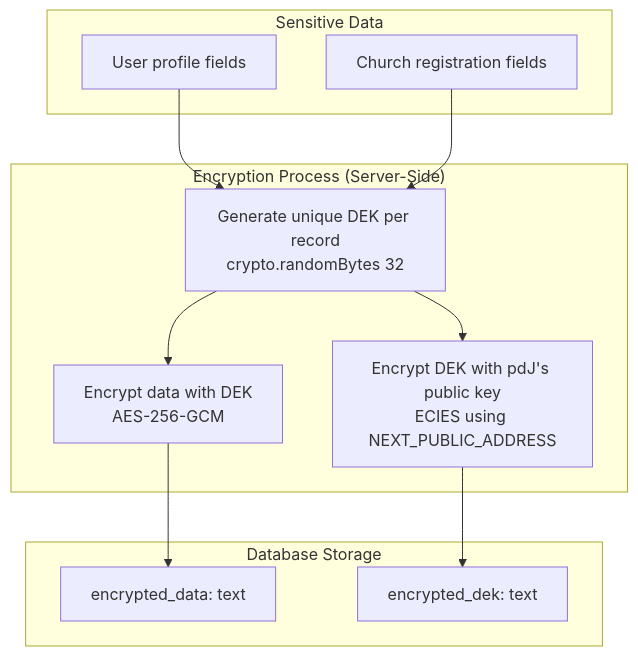
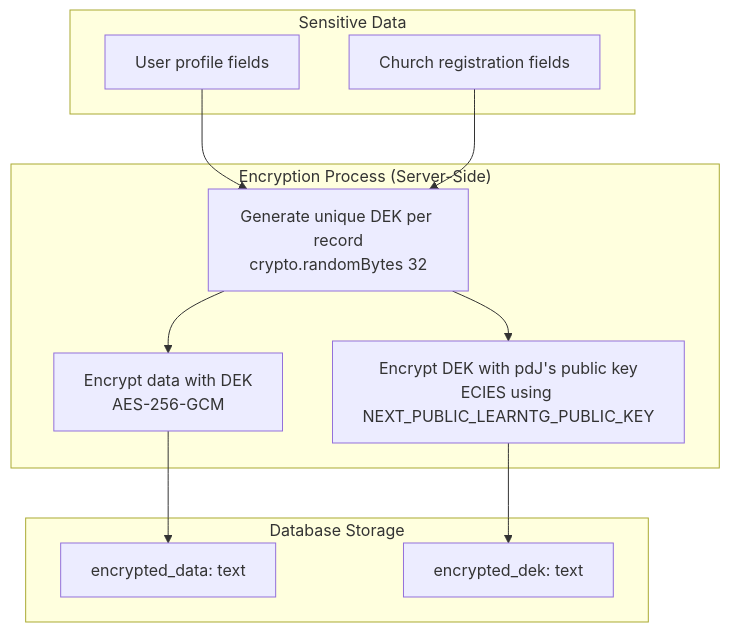
One commit to pasosdeJesus/learn.tg changed the first of 3 diagrams in REQ/153.md. Above: the diagram before and after it, drawn with Mermaid. The commit also changed other lines of this file and 11 other files, not shown here.

````diff
--- a/REQ/153.md
+++ b/REQ/153.md
@@ -58,25 +65,25 @@
 ```mermaid
 flowchart TB
     subgraph Data["Sensitive Data"]
         A[User profile fields]
         B[Church registration fields]
     end
 
     subgraph Encryption["Encryption Process (Server-Side)"]
         C[Generate unique DEK per record<br/>crypto.randomBytes 32]
         D[Encrypt data with DEK<br/>AES-256-GCM]
-        E[Encrypt DEK with pdJ's public key<br/>ECIES using NEXT_PUBLIC_ADDRESS]
+        E[Encrypt DEK with pdJ's public key<br/>ECIES using NEXT_PUBLIC_LEARNTG_PUBLIC_KEY]
     end
 
     subgraph Storage["Database Storage"]
         G[encrypted_data: text]
         H[encrypted_dek: text]
     end
 
     A --> C
     B --> C
     C --> D
     D --> G
     C --> E
     E --> H
 ```
````
